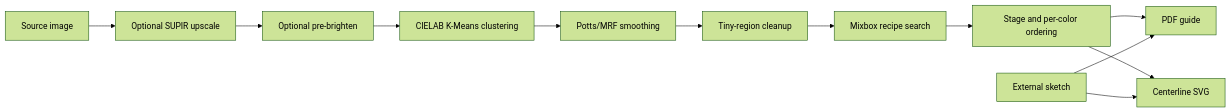
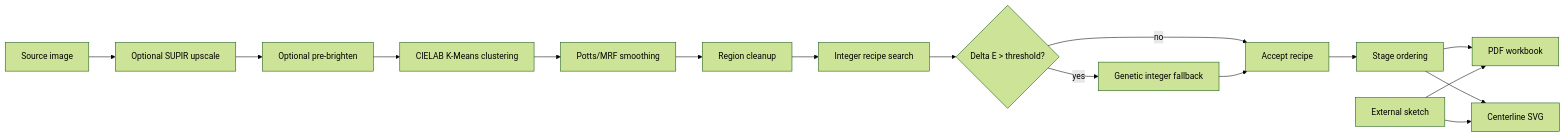
The diagram in README.md (expectopatronm/Paint-by-Numbers-Generator), drawn with Mermaid (forest theme) before and after one commit. The commit also changed other lines of this file and 17 other files, not shown here.

Commit message:
Document genetic recipe optimizer workflow

````diff
--- a/README.md
+++ b/README.md
@@ -102,14 +141,18 @@
 ```mermaid
 flowchart LR
     A["Source image"] --> B["Optional SUPIR upscale"]
     B --> C["Optional pre-brighten"]
     C --> D["CIELAB K-Means clustering"]
     D --> E["Potts/MRF smoothing"]
-    E --> F["Tiny-region cleanup"]
-    F --> G["Mixbox recipe search"]
-    G --> H["Stage and per-color ordering"]
-    H --> I["PDF guide"]
-    H --> J["Centerline SVG"]
-    K["External sketch"] --> I
-    K --> J
+    E --> F["Region cleanup"]
+    F --> G["Integer recipe search"]
+    G --> H{"Delta E > threshold?"}
+    H -- "no" --> I["Accept recipe"]
+    H -- "yes" --> J["Genetic integer fallback"]
+    J --> I
+    I --> K["Stage ordering"]
+    K --> L["PDF workbook"]
+    K --> M["Centerline SVG"]
+    N["External sketch"] --> L
+    N --> M
 ```
````
